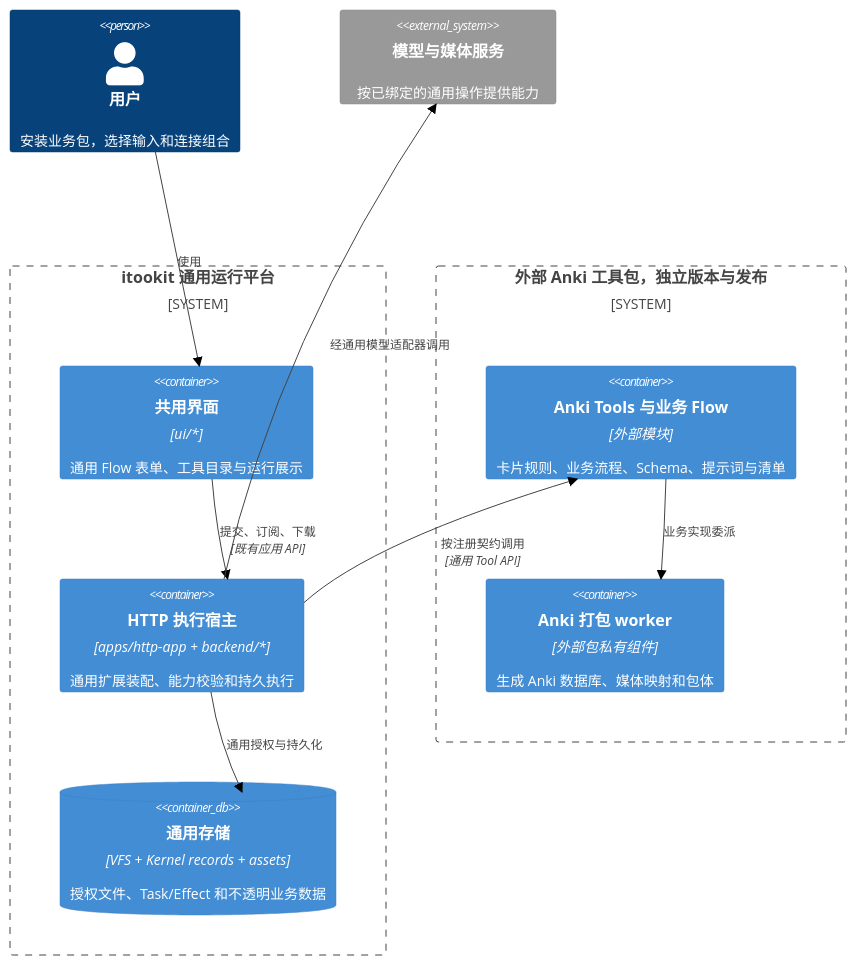
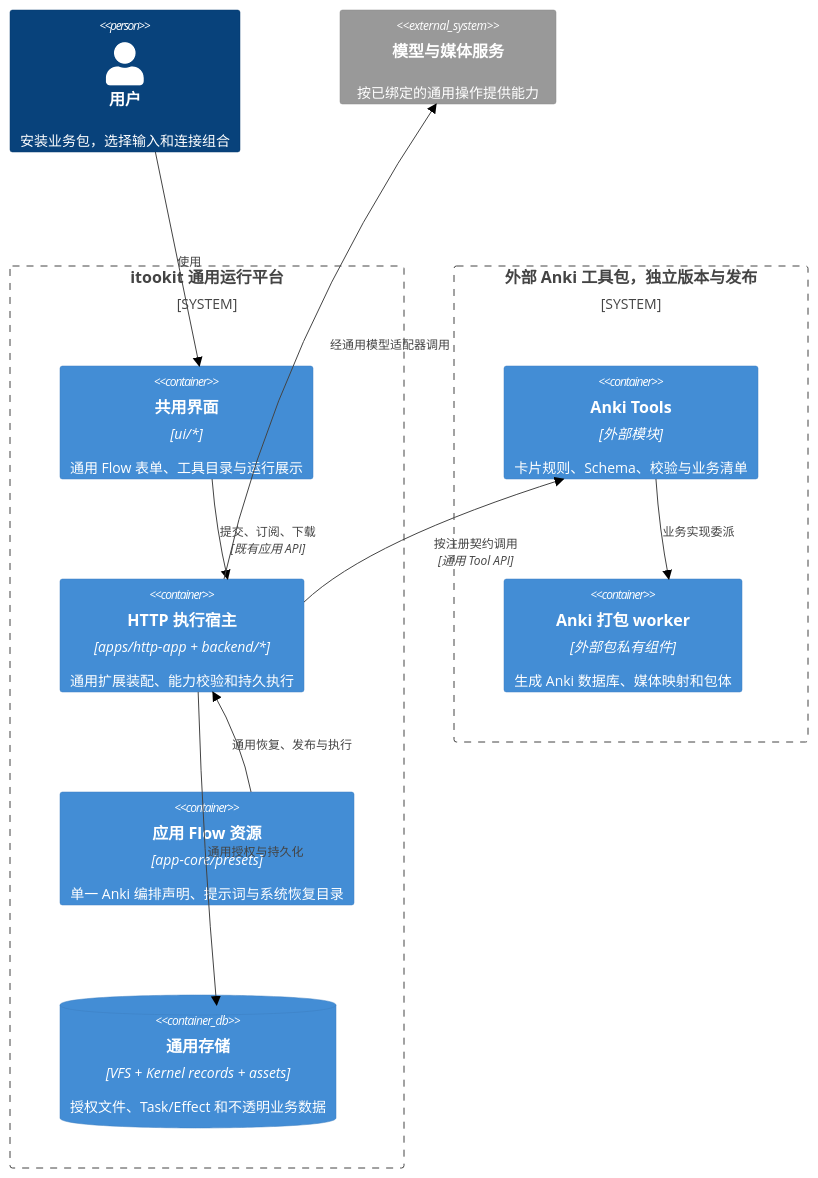
The second of 5 diagrams in doc/design/anki-flow.md (mushuanli/NestOS), drawn with Mermaid (forest theme) before and after one commit. The commit also changed other lines of this file and 228 other files, not shown here.

First line of the commit message:
feat(flow): persist prepared runs and consolidate toolbox resources

````diff
--- a/doc/design/anki-flow.md
+++ b/doc/design/anki-flow.md
@@ -82,20 +94,22 @@
 ```mermaid
 C4Container
     Person(user, "用户", "安装业务包，选择输入和连接组合")
     System_Boundary(platform, "itookit 通用运行平台") {
         Container(ui, "共用界面", "ui/*", "通用 Flow 表单、工具目录与运行展示")
         Container(httpd, "HTTP 执行宿主", "apps/http-app + backend/*", "通用扩展装配、能力校验和持久执行")
+        Container(definition, "应用 Flow 资源", "app-core/presets", "单一 Anki 编排声明、提示词与系统恢复目录")
         ContainerDb(storage, "通用存储", "VFS + Kernel records + assets", "授权文件、Task/Effect 和不透明业务数据")
     }
     System_Boundary(extension, "外部 Anki 工具包，独立版本与发布") {
-        Container(tools, "Anki Tools 与业务 Flow", "外部模块", "卡片规则、业务流程、Schema、提示词与清单")
+        Container(tools, "Anki Tools", "外部模块", "卡片规则、Schema、校验与业务清单")
         Container(worker, "Anki 打包 worker", "外部包私有组件", "生成 Anki 数据库、媒体映射和包体")
     }
     System_Ext(models, "模型与媒体服务", "按已绑定的通用操作提供能力")
     Rel(user, ui, "使用")
     Rel(ui, httpd, "提交、订阅、下载", "既有应用 API")
+    Rel(definition, httpd, "通用恢复、发布与执行")
     Rel(httpd, tools, "按注册契约调用", "通用 Tool API")
     Rel(tools, worker, "业务实现委派")
     Rel(httpd, storage, "通用授权与持久化")
     Rel(httpd, models, "经通用模型适配器调用")
 ```
````
